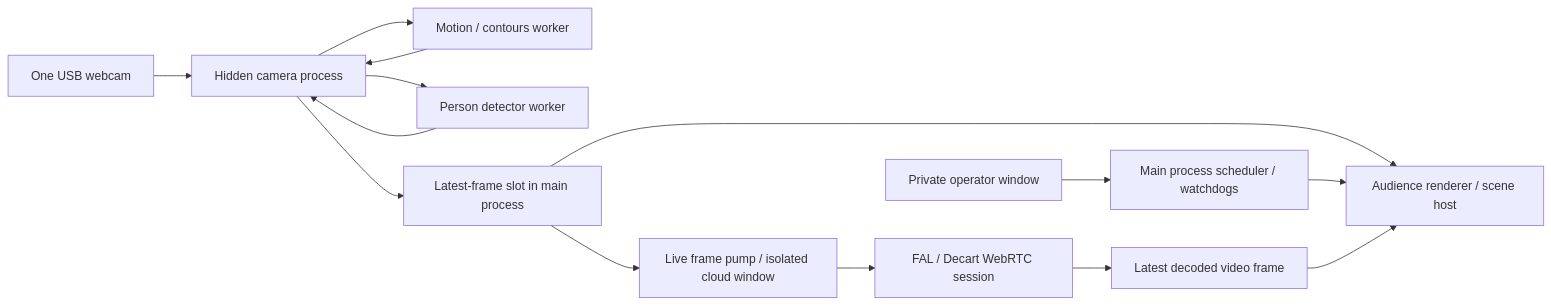
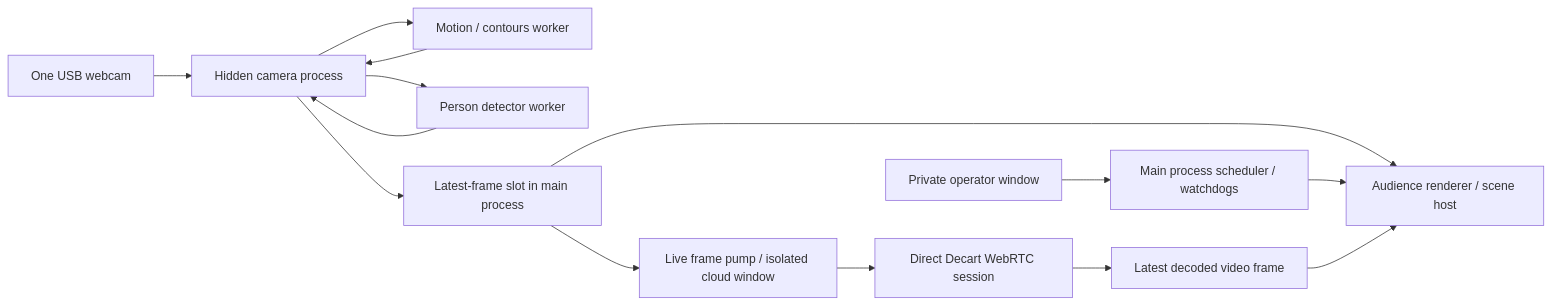
One commit to tsmithv11/reverie-projector-activation changed the diagram in docs/ARCHITECTURE.md. Above: the diagram before and after it, drawn with Mermaid. The commit also changed other lines of this file and 20 other files, not shown here.

````diff
--- a/docs/ARCHITECTURE.md
+++ b/docs/ARCHITECTURE.md
@@ -5,16 +5,16 @@
 ```mermaid
 flowchart LR
   Webcam[One USB webcam] --> Engine[Hidden camera process]
   Engine --> Motion[Motion / contours worker]
   Engine --> Detector[Person detector worker]
   Motion --> Engine
   Detector --> Engine
   Engine --> Latest[Latest-frame slot in main process]
   Latest --> Projector[Audience renderer / scene host]
   Main[Main process scheduler / watchdogs] --> Projector
   Console[Private operator window] --> Main
   Latest --> Live[Live frame pump / isolated cloud window]
-  Live --> Lucy[FAL / Decart WebRTC session]
+  Live --> Lucy[Direct Decart WebRTC session]
   Lucy --> Output[Latest decoded video frame]
   Output --> Projector
 ```
````
